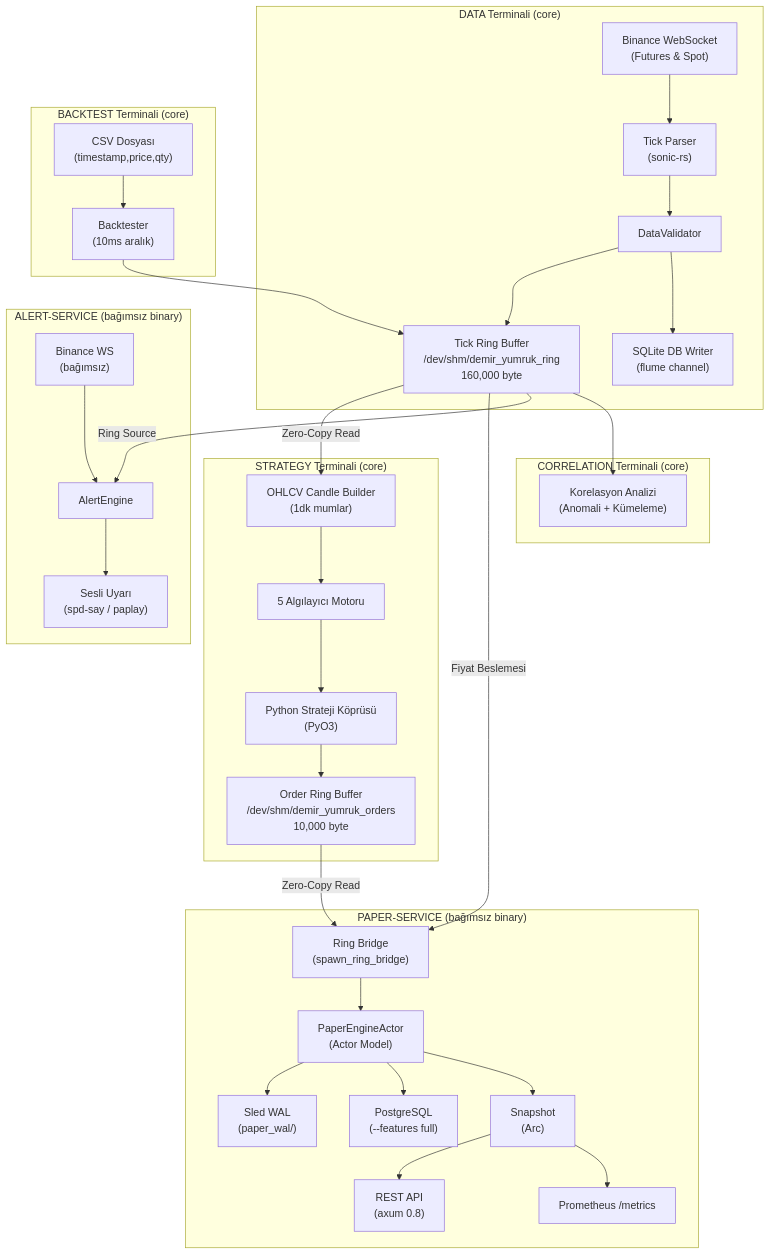
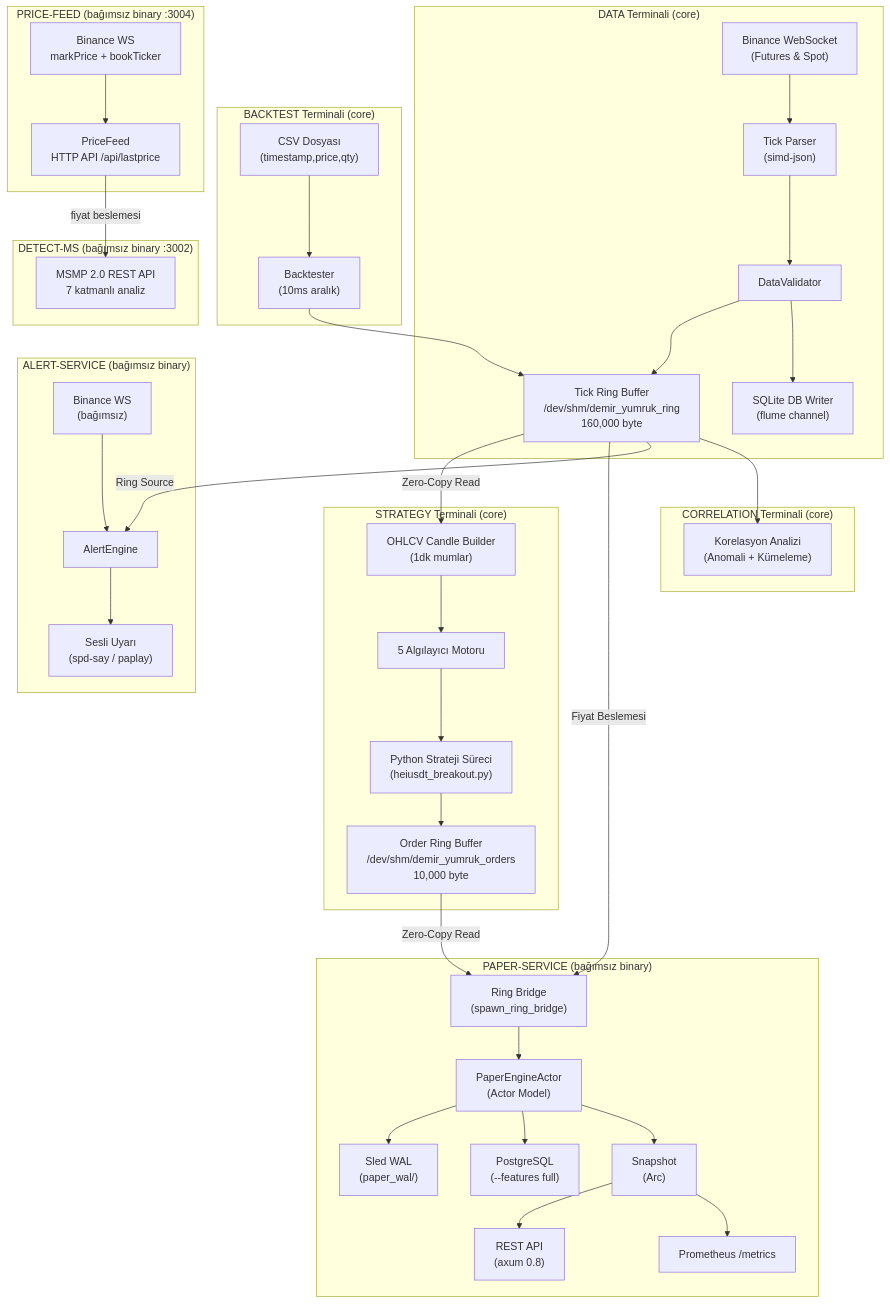
The first of 2 diagrams in README.md (Quant-Trade-Lab-Community/cycle_finance_bot), drawn with Mermaid before and after one commit. The commit also changed other lines of this file and 12 other files, not shown here.

First line of the commit message:
feat: price-feed daemon, MSMP 2.0 REST, index_price alanı ve bare-metal plan

````diff
--- a/README.md
+++ b/README.md
@@ -14,42 +14,50 @@
 ```mermaid
 graph TB
     subgraph "DATA Terminali (core)"
-        WS["Binance WebSocket<br/>(Futures & Spot)"] --> TP["Tick Parser<br/>(sonic-rs)"]
+        WS["Binance WebSocket<br/>(Futures & Spot)"] --> TP["Tick Parser<br/>(simd-json)"]
         TP --> VAL["DataValidator"]
         VAL --> TR["Tick Ring Buffer<br/>/dev/shm/demir_yumruk_ring<br/>160,000 byte"]
         VAL --> DB_RAW["SQLite DB Writer<br/>(flume channel)"]
     end
 
     subgraph "BACKTEST Terminali (core)"
         CSV["CSV Dosyası<br/>(timestamp,price,qty)"] --> BT["Backtester<br/>(10ms aralık)"]
         BT --> TR
     end
 
     subgraph "STRATEGY Terminali (core)"
         TR --> |"Zero-Copy Read"| OHLCV["OHLCV Candle Builder<br/>(1dk mumlar)"]
         OHLCV --> DET["5 Algılayıcı Motoru"]
-        DET --> PY["Python Strateji Köprüsü<br/>(PyO3)"]
+        DET --> PY["Python Strateji Süreci<br/>(heiusdt_breakout.py)"]
         PY --> OR["Order Ring Buffer<br/>/dev/shm/demir_yumruk_orders<br/>10,000 byte"]
     end
 
     subgraph "PAPER-SERVICE (bağımsız binary)"
         OR --> |"Zero-Copy Read"| BRIDGE["Ring Bridge<br/>(spawn_ring_bridge)"]
         TR --> |"Fiyat Beslemesi"| BRIDGE
         BRIDGE --> ACTOR["PaperEngineActor<br/>(Actor Model)"]
         ACTOR --> WAL["Sled WAL<br/>(paper_wal/)"]
         ACTOR --> PG["PostgreSQL<br/>(--features full)"]
         ACTOR --> SNAP["Snapshot<br/>(Arc<RwLock>)"]
         SNAP --> API["REST API<br/>(axum 0.8)"]
         SNAP --> METRICS["Prometheus /metrics"]
     end
 
     subgraph "ALERT-SERVICE (bağımsız binary)"
         TR --> |"Ring Source"| AE["AlertEngine"]
         WS2["Binance WS<br/>(bağımsız)"] --> AE
         AE --> AUDIO["Sesli Uyarı<br/>(spd-say / paplay)"]
     end
 
     subgraph "CORRELATION Terminali (core)"
         TR --> CA["Korelasyon Analizi<br/>(Anomali + Kümeleme)"]
     end
+
+    subgraph "PRICE-FEED (bağımsız binary :3004)"
+        WS3["Binance WS<br/>markPrice + bookTicker"] --> PF["PriceFeed<br/>HTTP API /api/lastprice"]
+    end
+
+    subgraph "DETECT-MS (bağımsız binary :3002)"
+        PF --> |"fiyat beslemesi"| MS["MSMP 2.0 REST API<br/>7 katmanlı analiz"]
+    end
 ```
````
